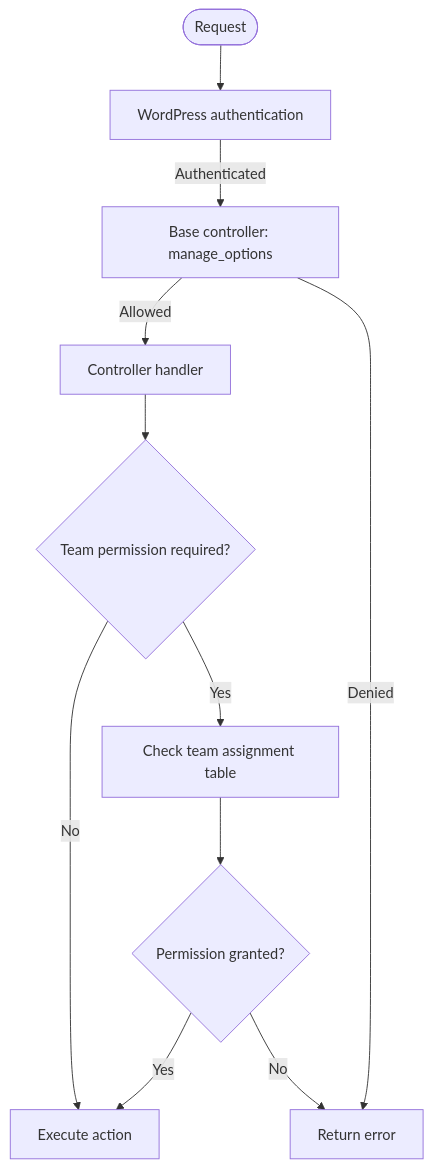
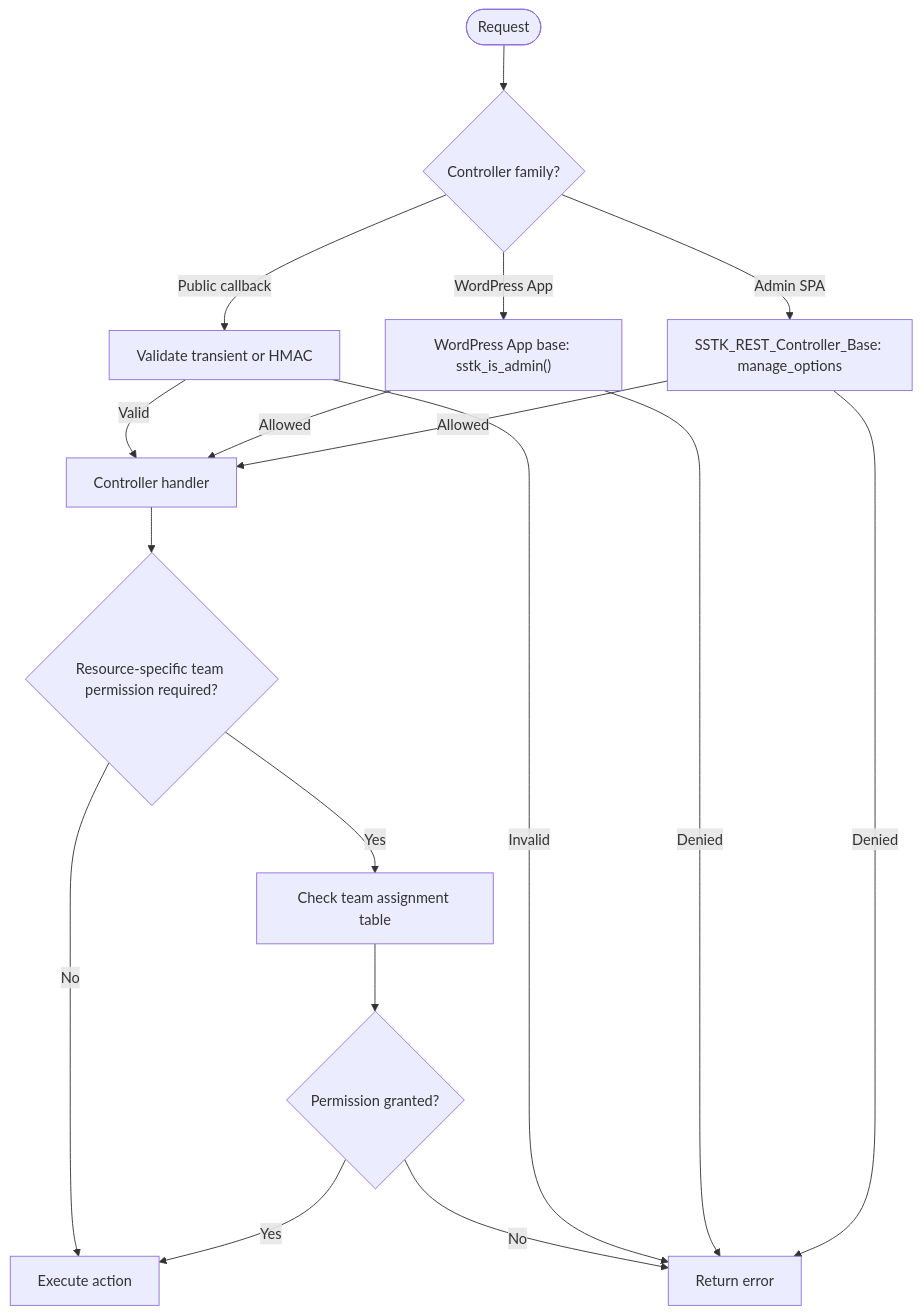
Before and after one commit to onedogsolutions/simple-stack: the third of 9 diagrams in .qoder/repowiki/en/content/Security & Authentication/Security & Authentication.md, drawn with Mermaid. The commit also changed other lines of this file and 5941 other files, not shown here.

````diff
--- a/.qoder/repowiki/en/content/Security & Authentication/Security & Authentication.md
+++ b/.qoder/repowiki/en/content/Security & Authentication/Security & Authentication.md
@@ -139,13 +161,19 @@
 ```mermaid
 flowchart TD
-Start(["Request"]) --> CheckAuth["WordPress authentication"]
-CheckAuth --> |Authenticated| CheckCap["Base controller: manage_options"]
+Start(["Request"]) --> RouteFamily{"Controller family?"}
+RouteFamily --> |Admin SPA| CheckCap["SSTK_REST_Controller_Base: manage_options"]
+RouteFamily --> |WordPress App| CheckAdmin["WordPress App base: sstk_is_admin()"]
+RouteFamily --> |Public callback| CallbackAuth["Validate transient or HMAC"]
 CheckCap --> |Allowed| RouteHandler["Controller handler"]
 CheckCap --> |Denied| Deny["Return error"]
-RouteHandler --> TeamCheck{"Team permission required?"}
+CheckAdmin --> |Allowed| RouteHandler
+CheckAdmin --> |Denied| Deny
+CallbackAuth --> |Valid| RouteHandler
+CallbackAuth --> |Invalid| Deny
+RouteHandler --> TeamCheck{"Resource-specific team permission required?"}
 TeamCheck --> |Yes| TeamPerms["Check team assignment table"]
 TeamPerms --> Decision{"Permission granted?"}
 Decision --> |Yes| Proceed["Execute action"]
 Decision --> |No| Deny
 TeamCheck --> |No| Proceed
 ```
````
